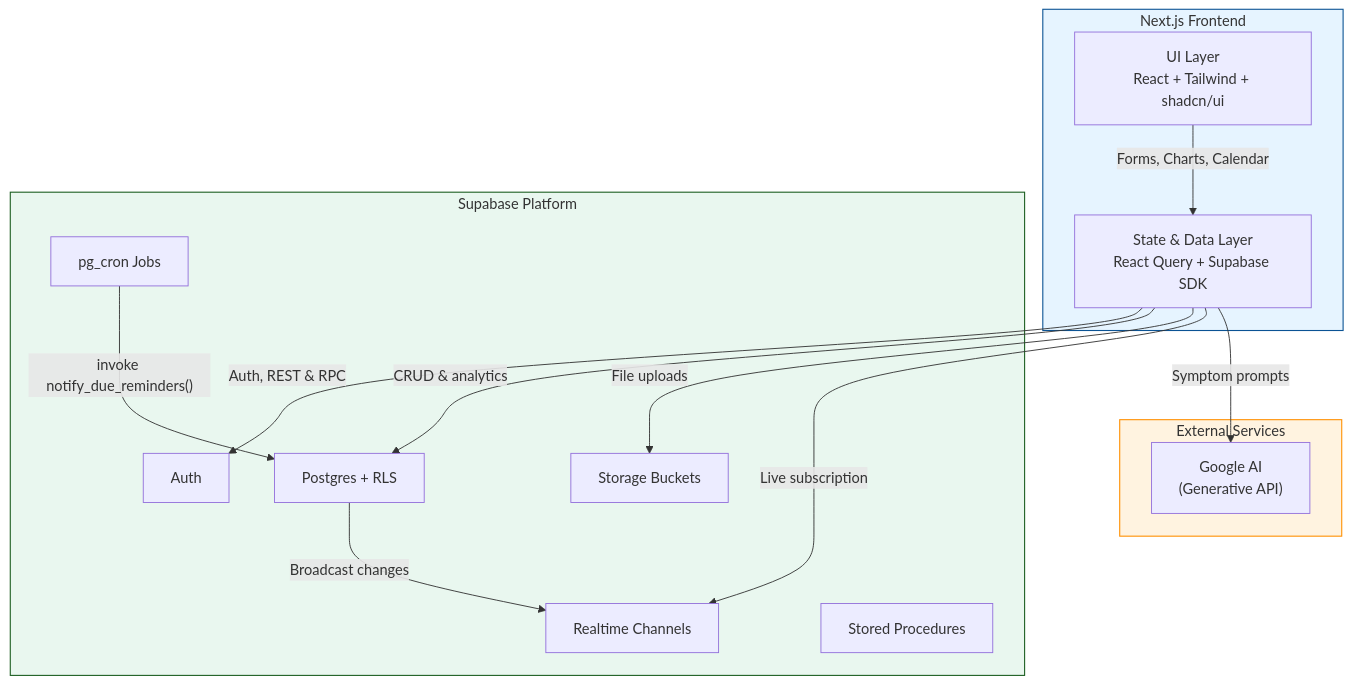
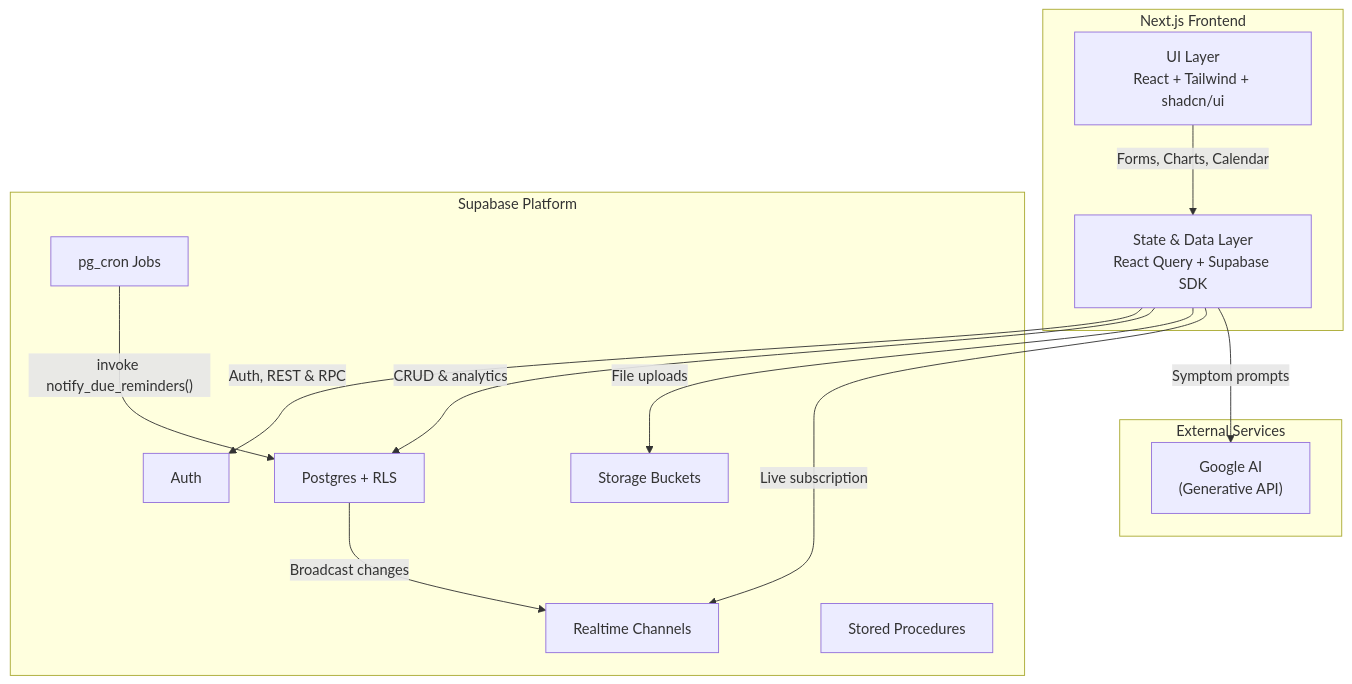
Before and after one commit to hoangsonww/SymptomSync-Health-App: the first of 2 diagrams in README.md, drawn with Mermaid. The commit also changed other lines of this file, not shown here.

````diff
--- a/README.md
+++ b/README.md
@@ -146,33 +147,29 @@
 ```mermaid
 flowchart TD
   subgraph Client["Next.js Frontend"]
     UI["UI Layer\nReact + Tailwind + shadcn/ui"]
     Data["State & Data Layer\nReact Query + Supabase SDK"]
   end
 
   subgraph Supabase["Supabase Platform"]
     Auth["Auth"]
     DB["Postgres + RLS"]
     Storage["Storage Buckets"]
     Realtime["Realtime Channels"]
     Cron["pg_cron Jobs"]
     Functions["Stored Procedures"]
   end
 
   subgraph Integrations["External Services"]
     GoogleAI["Google AI\n(Generative API)"]
   end
 
   UI -->|"Forms, Charts, Calendar"| Data
   Data -->|"Auth, REST & RPC"| Auth
   Data -->|"CRUD & analytics"| DB
   Data -->|"File uploads"| Storage
   DB -->|"Broadcast changes"| Realtime
   Cron -->|"invoke notify_due_reminders()"| DB
   Data -->|"Live subscription"| Realtime
   Data -->|"Symptom prompts"| GoogleAI
-
-  style Client fill:#E6F4FF,stroke:#0B5394,stroke-width:1.2px
-  style Supabase fill:#E9F7EF,stroke:#1B5E20,stroke-width:1.2px
-  style Integrations fill:#FFF3E0,stroke:#FF8F00,stroke-width:1.2px
 ```
````
